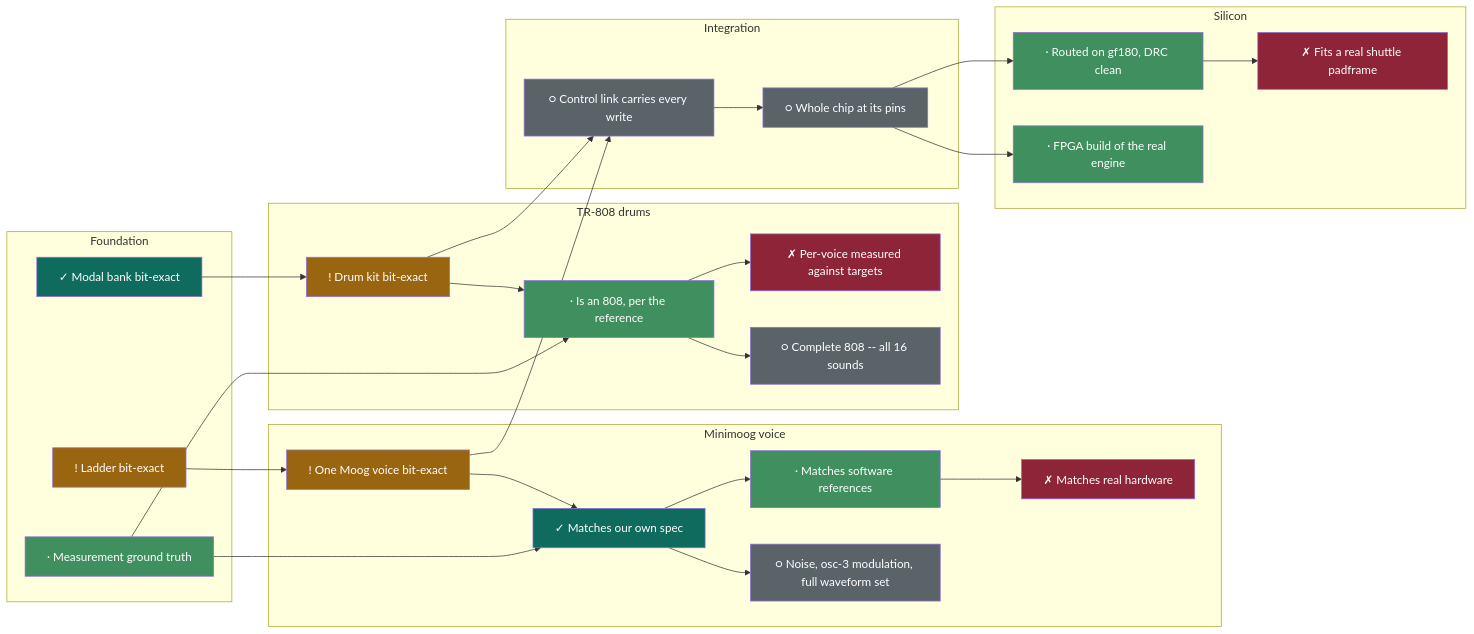
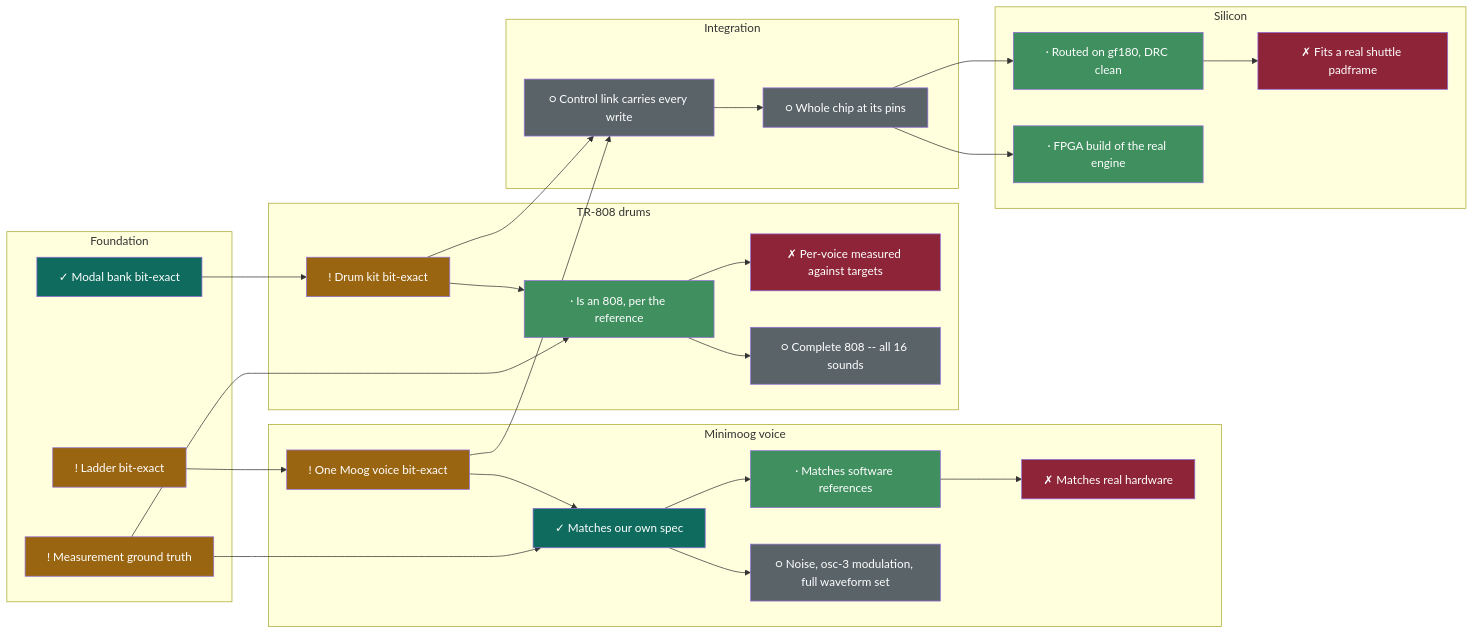
One commit to 2AMLogic/gf180-monosynth changed the diagram in README.md. Above: the diagram before and after it, drawn with Mermaid. The commit also changed other lines of this file and 1 other file, not shown here.

Commit message:
build: one make target, because the prohibition did not work
Two more waiting-turns happened within five minutes of committing a rule that
said not to. A prohibition in a document does not change behaviour; removing
the choice does.

There is now no documented way to run 'some of the verifiers'. There is
'make verify', and it runs them together in one turn through run_all.py.
'make verify-full' adds the hour-long runs, 'make controls' runs every injected
defect together.

Also bans bash for anything with logic, with the reason rather than the
preference: the bash run_all printed FAIL(??) for a job that exited 1, and this
session wrote 'exit=$?' after a pipe three separate times, each reporting
success for a command that had failed. subprocess.run cannot do either.

````diff
--- a/README.md
+++ b/README.md
@@ -30,64 +30,64 @@
 ```mermaid
 graph LR
   subgraph foundation["Foundation"]
     F1["! Ladder bit-exact"]
     F2["✓ Modal bank bit-exact"]
-    F3["· Measurement ground truth"]
+    F3["! Measurement ground truth"]
   end
   subgraph minimoog["Minimoog voice"]
     M1["! One Moog voice bit-exact"]
     M2["✓ Matches our own spec"]
     M3["· Matches software references"]
     M4["✗ Matches real hardware"]
     M5["○ Noise, osc-3 modulation, full waveform set"]
   end
   subgraph drums["TR-808 drums"]
     D1["! Drum kit bit-exact"]
     D2["· Is an 808, per the reference"]
     D3["✗ Per-voice measured against targets"]
     D4["○ Complete 808 -- all 16 sounds"]
   end
   subgraph integration["Integration"]
     I1["○ Control link carries every write"]
     I2["○ Whole chip at its pins"]
   end
   subgraph silicon["Silicon"]
     S1["· Routed on gf180, DRC clean"]
     S2["✗ Fits a real shuttle padframe"]
     S3["· FPGA build of the real engine"]
   end
   F1 --> M1
   M1 --> M2
   F3 --> M2
   M2 --> M3
   M3 --> M4
   M2 --> M5
   F2 --> D1
   D1 --> D2
   F3 --> D2
   D2 --> D3
   D2 --> D4
   M1 --> I1
   D1 --> I1
   I1 --> I2
   I2 --> S1
   S1 --> S2
   I2 --> S3
   style F1 fill:#9A6510,color:#fff
   style F2 fill:#0E6B5E,color:#fff
-  style F3 fill:#3f8f5f,color:#fff
+  style F3 fill:#9A6510,color:#fff
   style M1 fill:#9A6510,color:#fff
   style M2 fill:#0E6B5E,color:#fff
   style M3 fill:#3f8f5f,color:#fff
   style M4 fill:#8E2438,color:#fff
   style M5 fill:#5a6468,color:#fff
   style D1 fill:#9A6510,color:#fff
   style D2 fill:#3f8f5f,color:#fff
   style D3 fill:#8E2438,color:#fff
   style D4 fill:#5a6468,color:#fff
   style I1 fill:#5a6468,color:#fff
   style I2 fill:#5a6468,color:#fff
   style S1 fill:#3f8f5f,color:#fff
   style S2 fill:#8E2438,color:#fff
   style S3 fill:#3f8f5f,color:#fff
 ```
````
